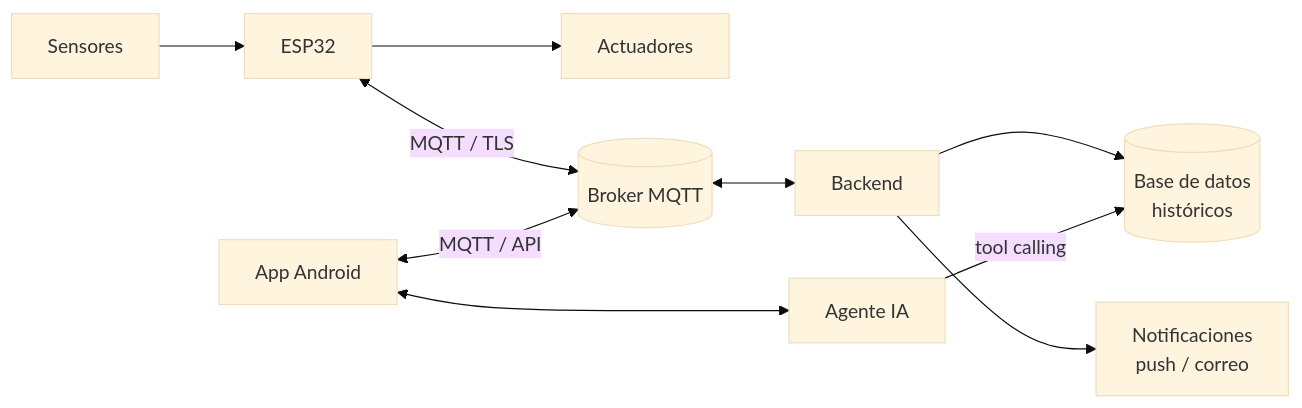
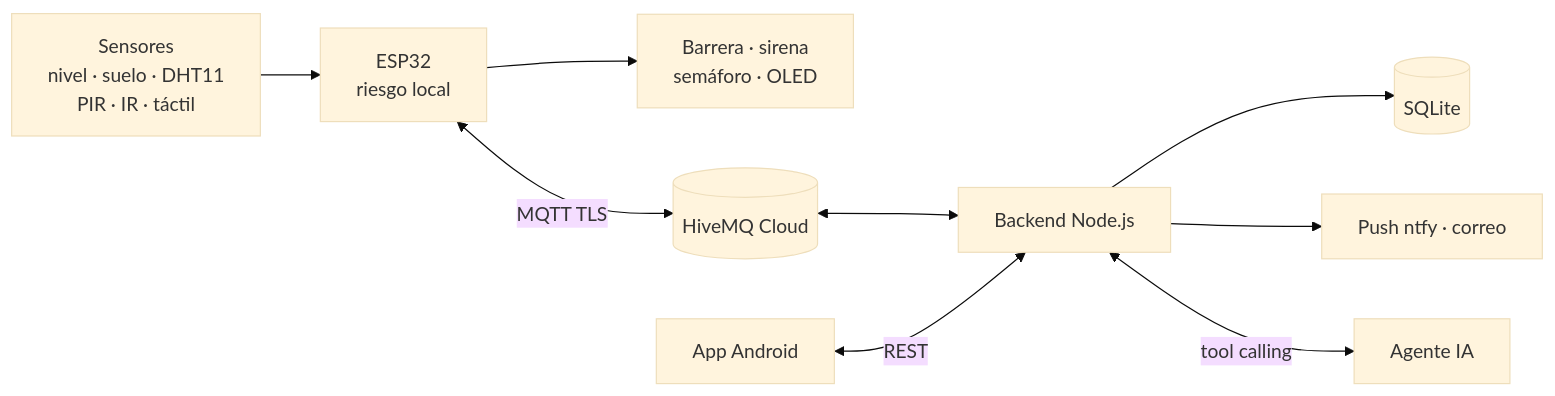
One commit to SantiagoRicaurte06/Proyecto-ESP32-IoT changed the diagram in README.md. Above: the diagram before and after it, drawn with Mermaid (base theme). The commit also changed other lines of this file and 54 other files, not shown here.

````diff
--- a/README.md
+++ b/README.md
@@ -21,12 +41,11 @@
 ```mermaid
 flowchart LR
-    S[Sensores] --> E[ESP32]
-    E --> A[Actuadores]
-    E <-->|MQTT / TLS| B[(Broker MQTT)]
-    B <--> K[Backend]
-    K --> D[(Base de datos<br/>históricos)]
-    K --> N[Notificaciones<br/>push / correo]
-    APP[App Android] <-->|MQTT / API| B
-    APP <--> IA[Agente IA]
-    IA -->|tool calling| D
+  S["Sensores<br/>nivel · suelo · DHT11<br/>PIR · IR · táctil"] --> E["ESP32<br/>riesgo local"]
+  E --> A["Barrera · sirena<br/>semáforo · OLED"]
+  E <-->|MQTT TLS| B[("HiveMQ Cloud")]
+  B <--> K["Backend Node.js"]
+  K --> D[("SQLite")]
+  K --> N["Push ntfy · correo"]
+  APP["App Android"] <-->|REST| K
+  K <-->|tool calling| IA["Agente IA"]
 ```
````
